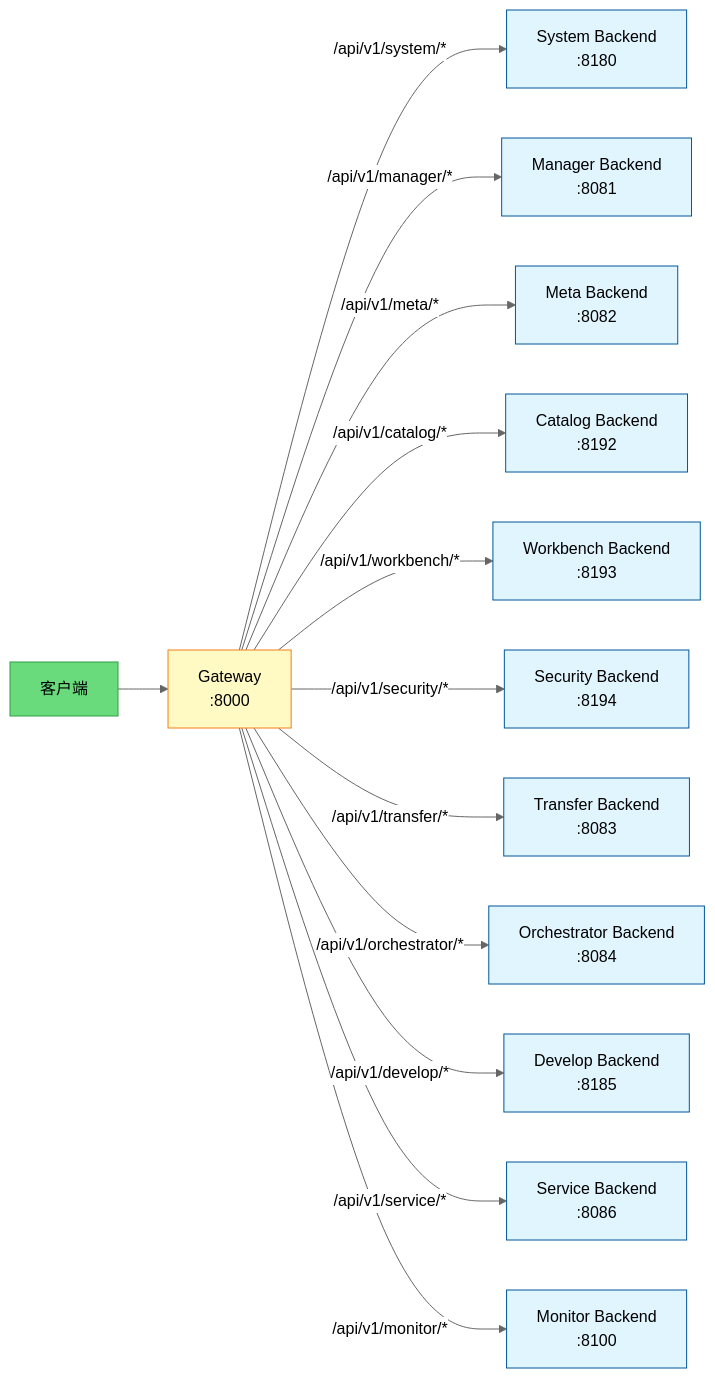
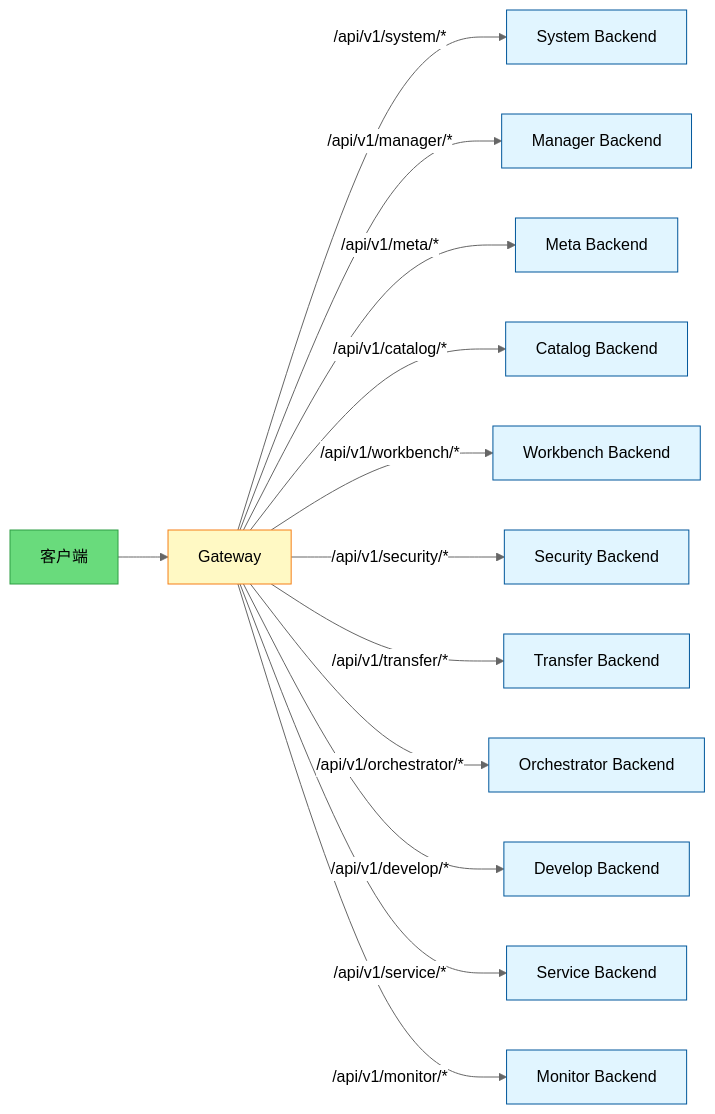
Before and after one commit to pampa0629/addp: the second of 2 diagrams in docs/concepts/modules/Gateway注册与路由.md, drawn with Mermaid (neutral theme). The commit also changed other lines of this file, not shown here.

Commit message:
docs: reference canonical ports from gateway route diagrams

````diff
--- a/docs/concepts/modules/Gateway注册与路由.md
+++ b/docs/concepts/modules/Gateway注册与路由.md
@@ -135,24 +135,24 @@
 ```mermaid
 graph LR
-    Client[客户端] --> Gateway[Gateway<br/>:8000]
+    Client[客户端] --> Gateway[Gateway]
 
-    Gateway --> |/api/v1/system/*| System[System Backend<br/>:8180]
-    Gateway --> |/api/v1/manager/*| Manager[Manager Backend<br/>:8081]
-    Gateway --> |/api/v1/meta/*| Meta[Meta Backend<br/>:8082]
-    Gateway --> |/api/v1/catalog/*| Catalog[Catalog Backend<br/>:8192]
-    Gateway --> |/api/v1/workbench/*| Workbench[Workbench Backend<br/>:8193]
-    Gateway --> |/api/v1/security/*| Security[Security Backend<br/>:8194]
-    Gateway --> |/api/v1/transfer/*| Transfer[Transfer Backend<br/>:8083]
-    Gateway --> |/api/v1/orchestrator/*| Orchestrator[Orchestrator Backend<br/>:8084]
-    Gateway --> |/api/v1/develop/*| Develop[Develop Backend<br/>:8185]
-    Gateway --> |/api/v1/service/*| Service[Service Backend<br/>:8086]
-    Gateway --> |/api/v1/monitor/*| Monitor[Monitor Backend<br/>:8100]
+    Gateway --> |/api/v1/system/*| System[System Backend]
+    Gateway --> |/api/v1/manager/*| Manager[Manager Backend]
+    Gateway --> |/api/v1/meta/*| Meta[Meta Backend]
+    Gateway --> |/api/v1/catalog/*| Catalog[Catalog Backend]
+    Gateway --> |/api/v1/workbench/*| Workbench[Workbench Backend]
+    Gateway --> |/api/v1/security/*| Security[Security Backend]
+    Gateway --> |/api/v1/transfer/*| Transfer[Transfer Backend]
+    Gateway --> |/api/v1/orchestrator/*| Orchestrator[Orchestrator Backend]
+    Gateway --> |/api/v1/develop/*| Develop[Develop Backend]
+    Gateway --> |/api/v1/service/*| Service[Service Backend]
+    Gateway --> |/api/v1/monitor/*| Monitor[Monitor Backend]
 
     classDef client fill:#69db7c,stroke:#2f9e44
     classDef gateway fill:#fff9c4,stroke:#f57f17
     classDef backend fill:#e1f5ff,stroke:#01579b
 
     class Client client
     class Gateway gateway
     class System,Manager,Meta,Catalog,Workbench,Security,Transfer,Orchestrator,Develop,Service,Monitor backend
 ```
````
